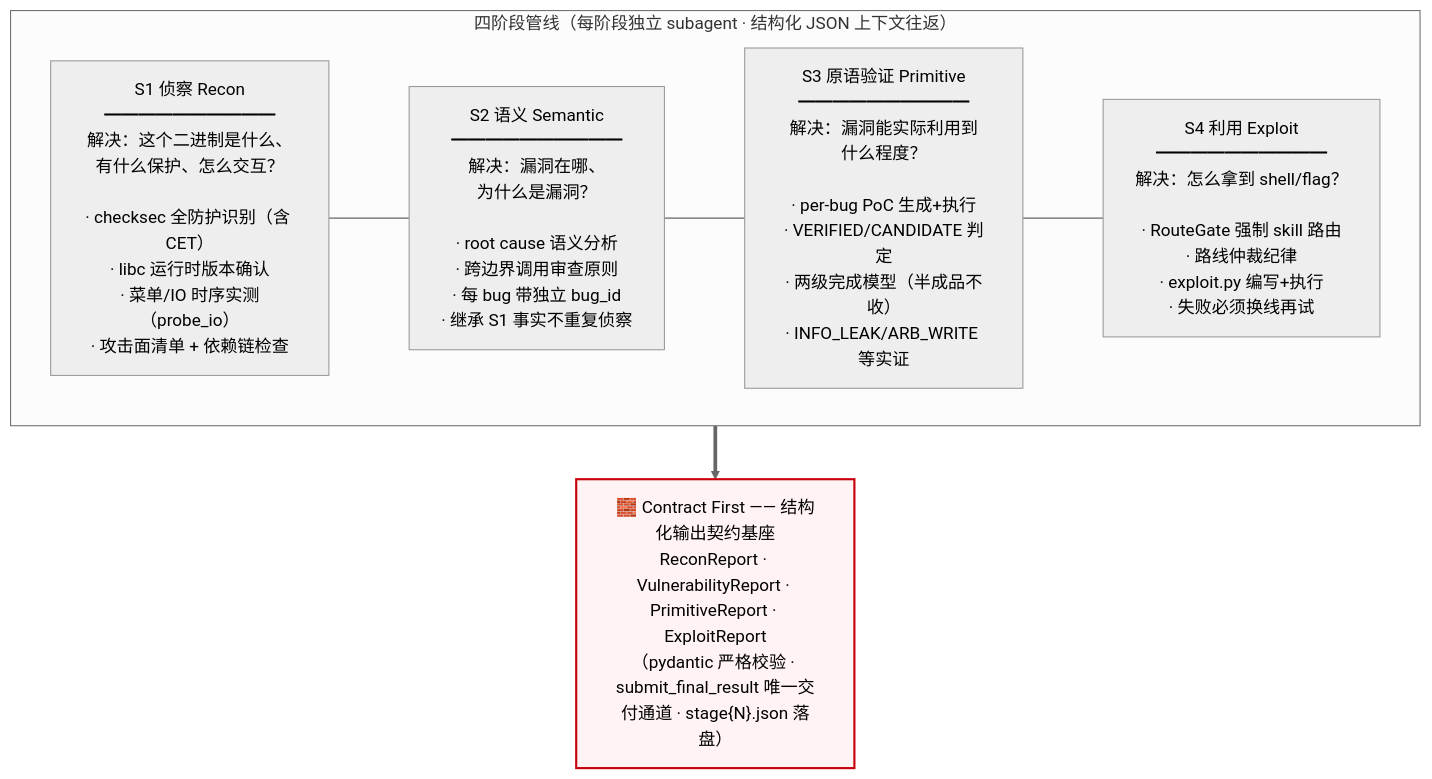
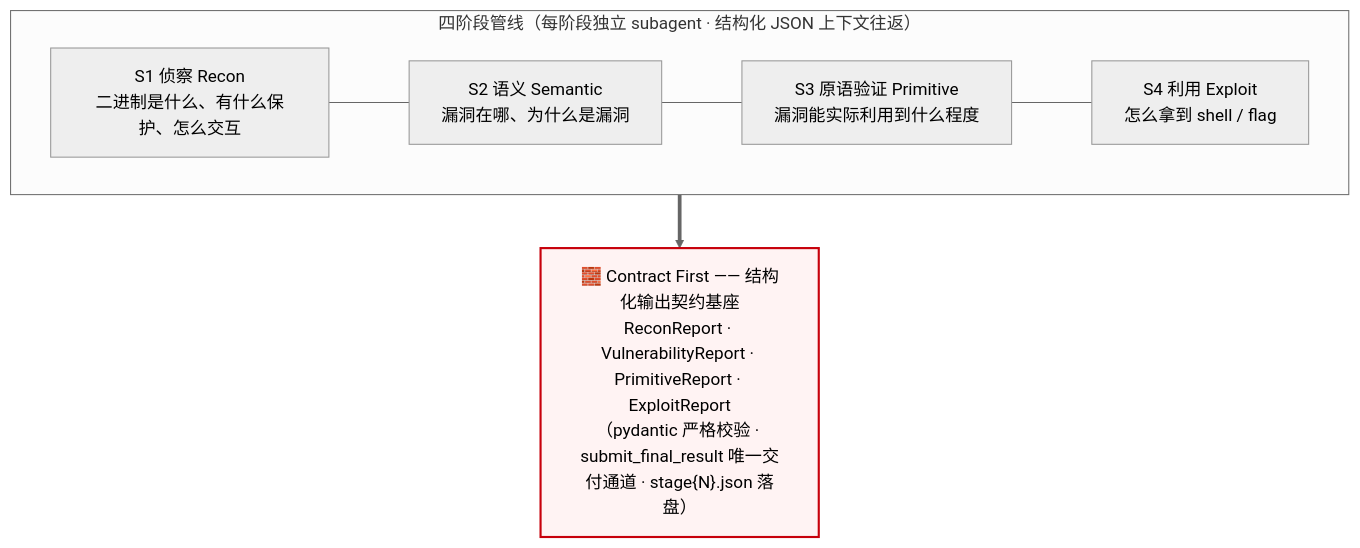
Before and after one commit to wodn2011/leanagent: the first of 2 diagrams in README.md, drawn with Mermaid (neutral theme).

Commit message:
README: S1-S4 精简为名字+解决的问题（删细节列表，放大字体效果）

````diff
--- a/README.md
+++ b/README.md
@@ -9,17 +9,17 @@
 ```mermaid
 flowchart TB
     subgraph PIPE["四阶段管线（每阶段独立 subagent · 结构化 JSON 上下文往返）"]
         direction LR
-        S1["S1 侦察 Recon<br/>━━━━━━━━━━<br/>解决：这个二进制是什么、<br/>有什么保护、怎么交互？<br/><br/>· checksec 全防护识别（含 CET）<br/>· libc 运行时版本确认<br/>· 菜单/IO 时序实测（probe_io）<br/>· 攻击面清单 + 依赖链检查"]
-        S2["S2 语义 Semantic<br/>━━━━━━━━━━<br/>解决：漏洞在哪、<br/>为什么是漏洞？<br/><br/>· root cause 语义分析<br/>· 跨边界调用审查原则<br/>· 每 bug 带独立 bug_id<br/>· 继承 S1 事实不重复侦察"]
-        S3["S3 原语验证 Primitive<br/>━━━━━━━━━━<br/>解决：漏洞能实际利用到<br/>什么程度？<br/><br/>· per-bug PoC 生成+执行<br/>· VERIFIED/CANDIDATE 判定<br/>· 两级完成模型（半成品不收）<br/>· INFO_LEAK/ARB_WRITE 等实证"]
-        S4["S4 利用 Exploit<br/>━━━━━━━━━━<br/>解决：怎么拿到 shell/flag？<br/><br/>· RouteGate 强制 skill 路由<br/>· 路线仲裁纪律<br/>· exploit.py 编写+执行<br/>· 失败必须换线再试"]
+        S1["S1 侦察 Recon<br/>二进制是什么、有什么保护、怎么交互"]
+        S2["S2 语义 Semantic<br/>漏洞在哪、为什么是漏洞"]
+        S3["S3 原语验证 Primitive<br/>漏洞能实际利用到什么程度"]
+        S4["S4 利用 Exploit<br/>怎么拿到 shell / flag"]
         S1 --- S2 --- S3 --- S4
     end
 
     CF["🧱 Contract First —— 结构化输出契约基座<br/>ReconReport · VulnerabilityReport · PrimitiveReport · ExploitReport<br/>（pydantic 严格校验 · submit_final_result 唯一交付通道 · stage{N}.json 落盘）"]
 
     PIPE ==> CF
 
     style CF fill:#fff3f3,stroke:#c7000b,stroke-width:2px
 ```
````
